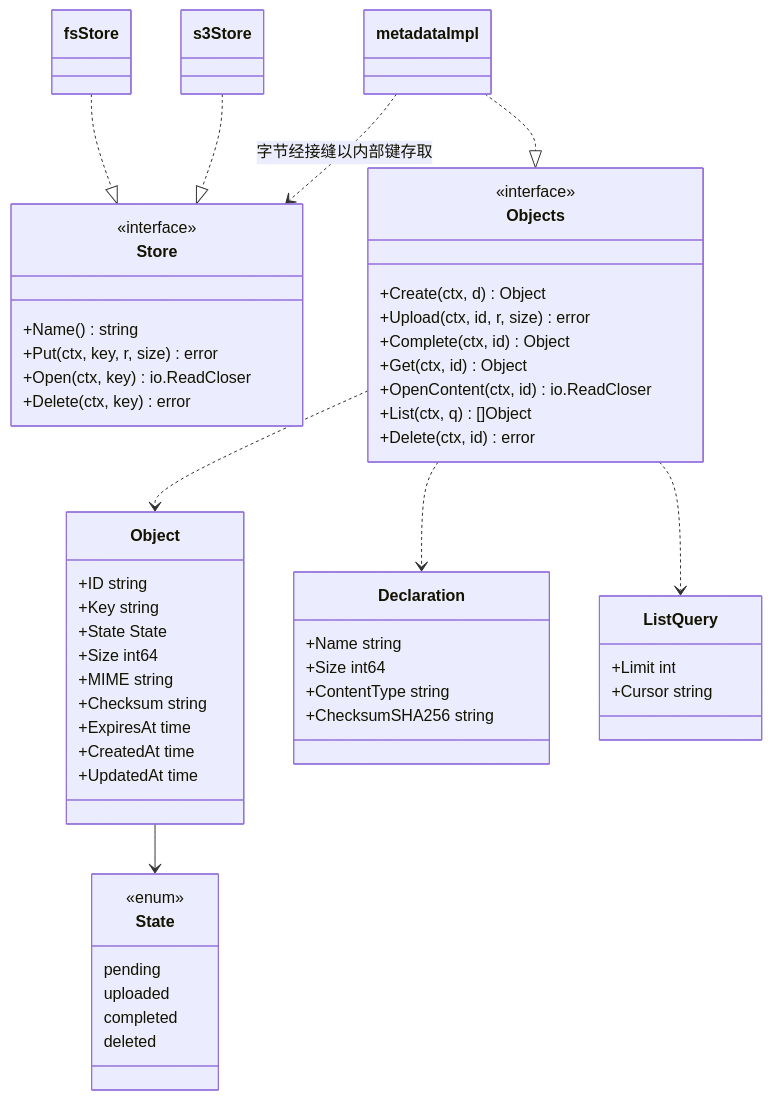
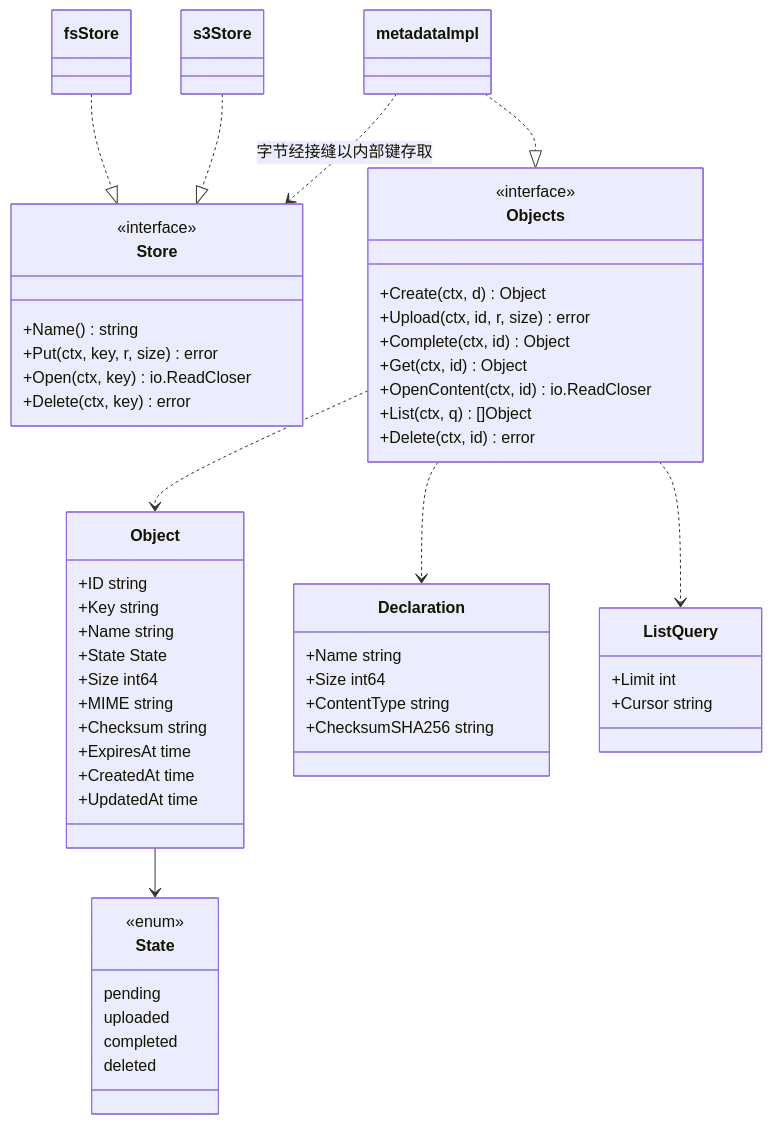
The first of 2 diagrams in docs/design/modules/design-objectstore.md (wangzw/speed), drawn with Mermaid before and after one commit. The commit also changed other lines of this file and 2 other files, not shown here.

First line of the commit message:
docs(objectstore): store the declared object name, normalized once at declaration

````diff
--- a/docs/design/modules/design-objectstore.md
+++ b/docs/design/modules/design-objectstore.md
@@ -243,59 +244,60 @@
 ```mermaid
 classDiagram
     class Store {
         <<interface>>
         +Name() string
         +Put(ctx, key, r, size) error
         +Open(ctx, key) io.ReadCloser
         +Delete(ctx, key) error
     }
     class Objects {
         <<interface>>
         +Create(ctx, d) Object
         +Upload(ctx, id, r, size) error
         +Complete(ctx, id) Object
         +Get(ctx, id) Object
         +OpenContent(ctx, id) io.ReadCloser
         +List(ctx, q) []Object
         +Delete(ctx, id) error
     }
     class Object {
         +ID string
         +Key string
+        +Name string
         +State State
         +Size int64
         +MIME string
         +Checksum string
         +ExpiresAt time
         +CreatedAt time
         +UpdatedAt time
     }
     class Declaration {
         +Name string
         +Size int64
         +ContentType string
         +ChecksumSHA256 string
     }
     class ListQuery {
         +Limit int
         +Cursor string
     }
     class State {
         <<enum>>
         pending
         uploaded
         completed
         deleted
     }
     class fsStore
     class s3Store
     class metadataImpl
     fsStore ..|> Store
     s3Store ..|> Store
     metadataImpl ..|> Objects
     metadataImpl ..> Store : 字节经接缝以内部键存取
     Objects ..> Object
     Objects ..> Declaration
     Objects ..> ListQuery
     Object --> State
 ```
````
